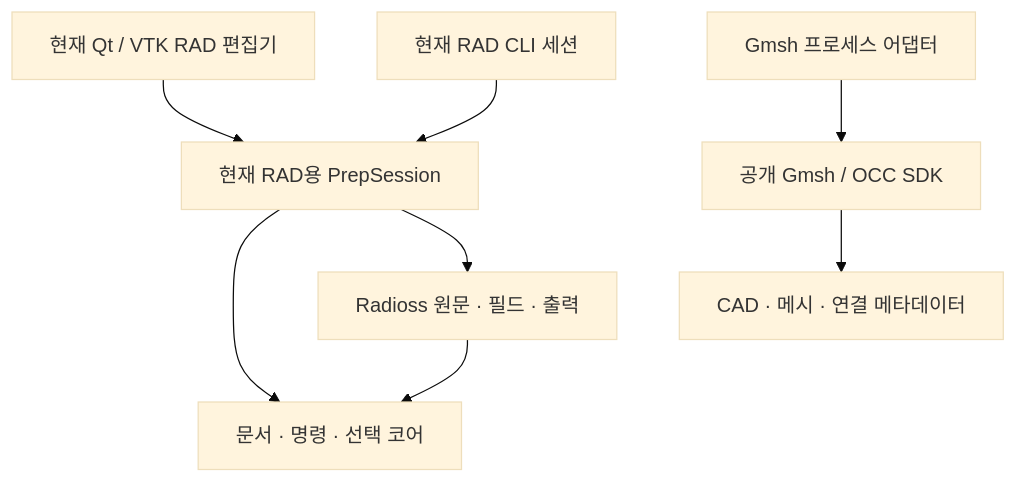
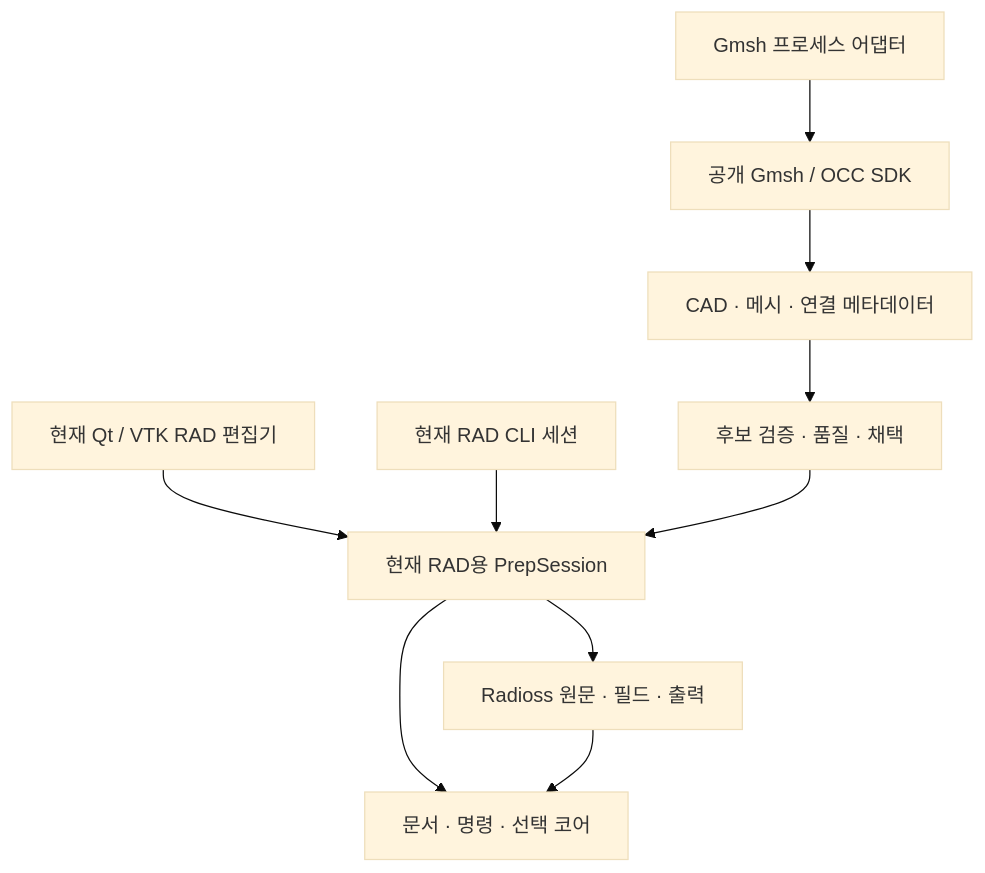
Before and after one commit to pikachu444/caelab-prep: the diagram in ARCHITECTURE.md, drawn with Mermaid (base theme). The commit also changed other lines of this file and 4 other files, not shown here.

Commit message:
docs: describe executable modeling flows and separate verified and deferred scope

````diff
--- a/ARCHITECTURE.md
+++ b/ARCHITECTURE.md
@@ -43,10 +43,12 @@
 ```mermaid
 flowchart TB
     GUI["현재 Qt / VTK RAD 편집기"] --> Session["현재 RAD용 PrepSession"]
     CLI["현재 RAD CLI 세션"] --> Session
     Session --> Core["문서 · 명령 · 선택 코어"]
     Session --> RAD["Radioss 원문 · 필드 · 출력"]
     RAD --> Core
     CAD["Gmsh 프로세스 어댑터"] --> Worker["공개 Gmsh / OCC SDK"]
     Worker --> Assets["CAD · 메시 · 연결 메타데이터"]
+    Assets --> Candidate["후보 검증 · 품질 · 채택"]
+    Candidate --> Session
 ```
````
